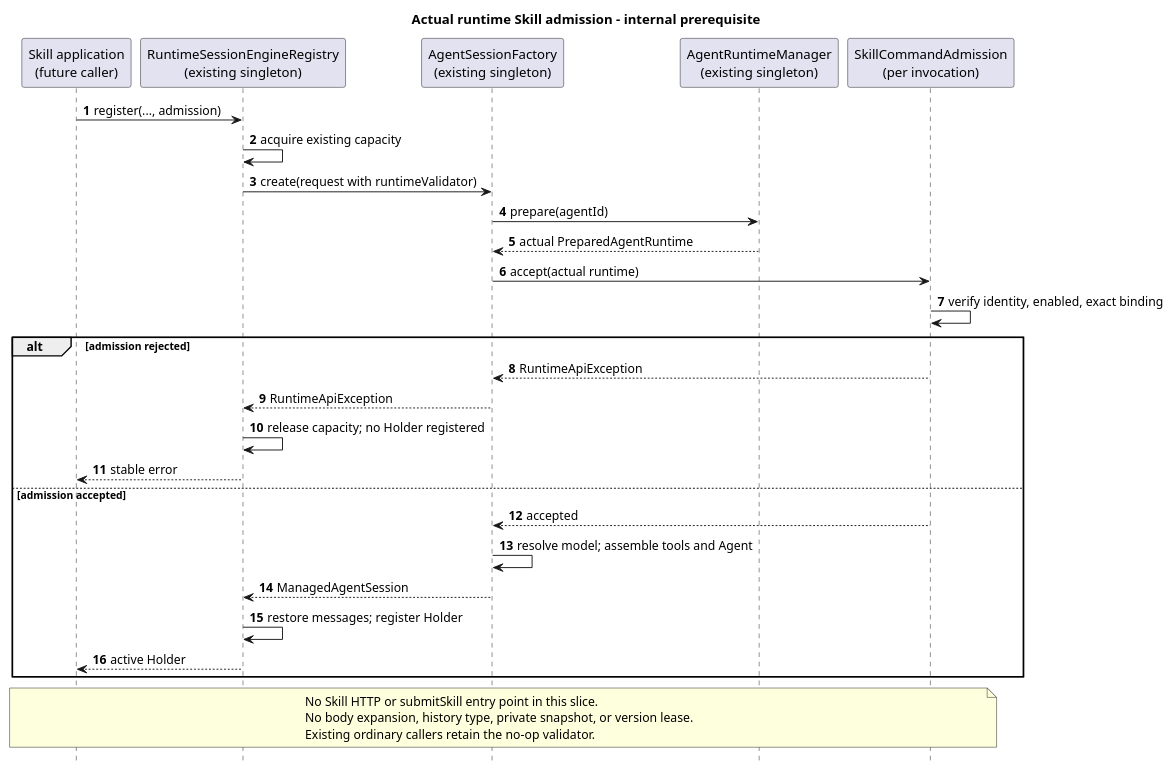
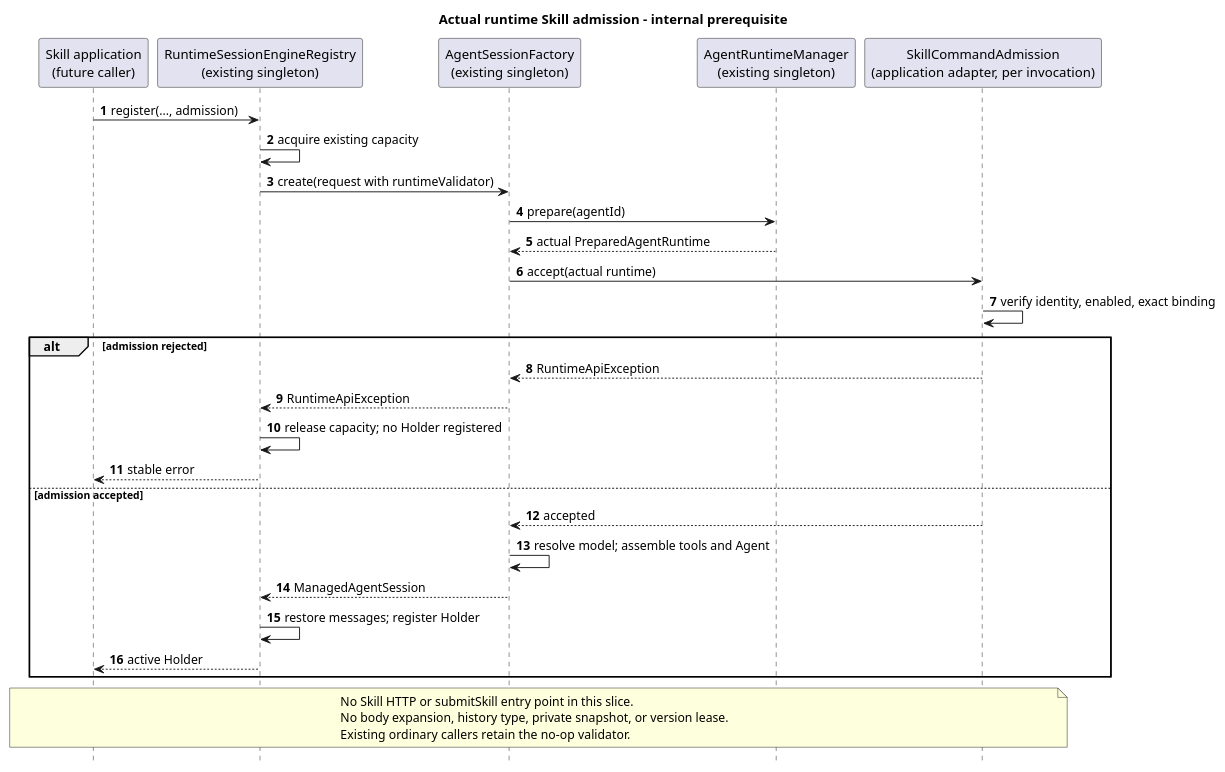
Before and after one commit to 2862282695gjh-afk/pi-mono-java: the diagram in docs/designs/skill-command-admission/diagram.puml, drawn with PlantUML. The commit also changed 3 other files, not shown here.

Commit message:
docs(command): 同步 Skill 准入应用分层证据

```diff
--- a/docs/designs/skill-command-admission/diagram.puml
+++ b/docs/designs/skill-command-admission/diagram.puml
@@ -1,45 +1,46 @@
 @startuml skill_command_admission
 ' Java source baseline: b7f077d59b09362dc366241920a85b6d218d1189
 ' modules/coding-agent-cli/src/main/java/com/campusclaw/codingagent/runtimeapi/runtime/RuntimeSessionEngineRegistry.java: register/createSession
 ' modules/coding-agent-cli/src/main/java/com/campusclaw/codingagent/session/AgentSessionFactory.java: create
 ' modules/coding-agent-cli/src/main/java/com/campusclaw/codingagent/session/ManagedAgentSessionRequest.java: runtimeValidator
 ' modules/coding-agent-cli/src/main/java/com/campusclaw/codingagent/runtime/PreparedAgentRuntime.java: findSkill
-' Implementation commit: a143a00798a319e1404f393e4b50fea02de53eb2
-' modules/coding-agent-cli/src/main/java/com/campusclaw/codingagent/runtimeapi/command/skill/SkillCommandAdmission.java: accept/requireBoundSkill
+' Implementation commit after package correction: 9053ac3c785d6aa3c54d1e8fc82b5352de38b8b6
+' modules/coding-agent-cli/src/main/java/com/campusclaw/codingagent/runtimeapi/service/command/skill/SkillCommandAdmission.java: accept/requireBoundSkill
 ' modules/coding-agent-cli/src/main/java/com/campusclaw/codingagent/runtimeapi/runtime/RuntimeSessionEngineRegistry.java: validator register overload
 ' Observed behavior: the common factory validates the actual prepared runtime before tool assembly.
 ' Design reason: reuse the existing validator and capacity cleanup, without a parallel execution lifecycle.
+' Architecture correction: HTTP-aware RuntimeApiException translation belongs in the application adapter, not Command Core.
 ' Java divergence: explicit unknown Skill is rejected; pi local _expandSkillCommand falls back to raw text.
 title Actual runtime Skill admission - internal prerequisite
 hide footbox
 autonumber
 participant "Skill application\n(future caller)" as Caller
 participant "RuntimeSessionEngineRegistry\n(existing singleton)" as Registry
 participant "AgentSessionFactory\n(existing singleton)" as Factory
 participant "AgentRuntimeManager\n(existing singleton)" as Manager
-participant "SkillCommandAdmission\n(per invocation)" as Admission
+participant "SkillCommandAdmission\n(application adapter, per invocation)" as Admission
 Caller -> Registry : register(..., admission)
 Registry -> Registry : acquire existing capacity
 Registry -> Factory : create(request with runtimeValidator)
 Factory -> Manager : prepare(agentId)
 Manager --> Factory : actual PreparedAgentRuntime
 Factory -> Admission : accept(actual runtime)
 Admission -> Admission : verify identity, enabled, exact binding
 alt admission rejected
   Admission --> Factory : RuntimeApiException
   Factory --> Registry : RuntimeApiException
   Registry -> Registry : release capacity; no Holder registered
   Registry --> Caller : stable error
 else admission accepted
   Admission --> Factory : accepted
   Factory -> Factory : resolve model; assemble tools and Agent
   Factory --> Registry : ManagedAgentSession
   Registry -> Registry : restore messages; register Holder
   Registry --> Caller : active Holder
 end
 note over Caller, Admission
 No Skill HTTP or submitSkill entry point in this slice.
 No body expansion, history type, private snapshot, or version lease.
 Existing ordinary callers retain the no-op validator.
 end note
 @enduml
```
